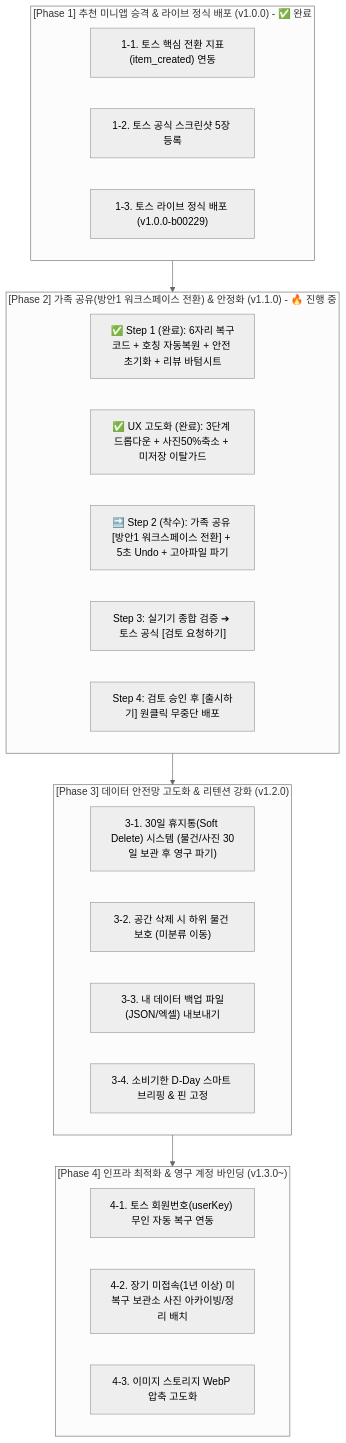
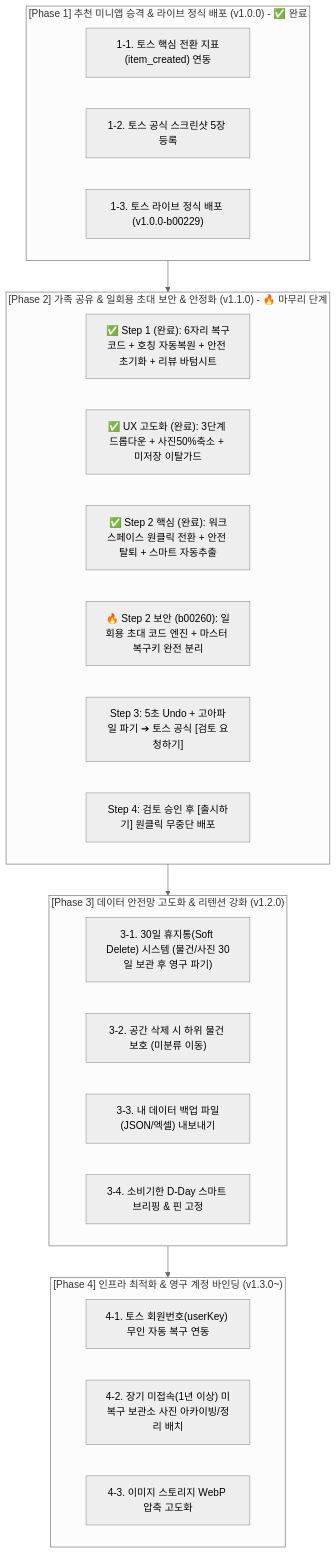
Before and after one commit to tauriqon/where-is-it: the third of 3 diagrams in docs/roadmap_and_summary.md, drawn with Mermaid (neutral theme). The commit also changed other lines of this file and 7 other files, not shown here.

Commit message:
feat: implement one-time family invite code engine and update roadmap (v1.1.0-b00260)

````diff
--- a/docs/roadmap_and_summary.md
+++ b/docs/roadmap_and_summary.md
@@ -94,33 +105,34 @@
 ```mermaid
 flowchart TD
     subgraph Phase1["[Phase 1] 추천 미니앱 승격 & 라이브 정식 배포 (v1.0.0) - ✅ 완료"]
         P1_1["1-1. 토스 핵심 전환 지표(item_created) 연동"]
         P1_2["1-2. 토스 공식 스크린샷 5장 등록"]
         P1_3["1-3. 토스 라이브 정식 배포 (v1.0.0-b00229)"]
     end
 
-    subgraph Phase2["[Phase 2] 가족 공유(방안1 워크스페이스 전환) & 안정화 (v1.1.0) - 🔥 진행 중"]
+    subgraph Phase2["[Phase 2] 가족 공유 & 일회용 초대 보안 & 안정화 (v1.1.0) - 🔥 마무리 단계"]
         P2_Step1["✅ Step 1 (완료): 6자리 복구코드 + 호칭 자동복원 + 안전 초기화 + 리뷰 바텀시트"]
         P2_StepUX["✅ UX 고도화 (완료): 3단계 드롭다운 + 사진50%축소 + 미저장 이탈가드"]
-        P2_Step2["🔜 Step 2 (착수): 가족 공유 [방안1 워크스페이스 전환] + 5초 Undo + 고아파일 파기"]
-        P2_Step3["Step 3: 실기기 종합 검증 ➔ 토스 공식 [검토 요청하기]"]
+        P2_Step2["✅ Step 2 핵심 (완료): 워크스페이스 원클릭 전환 + 안전 탈퇴 + 스마트 자동추출"]
+        P2_StepSec["🔥 Step 2 보안 (b00260): 일회용 초대 코드 엔진 + 마스터 복구키 완전 분리"]
+        P2_Step3["Step 3: 5초 Undo + 고아파일 파기 ➔ 토스 공식 [검토 요청하기]"]
         P2_Step4["Step 4: 검토 승인 후 [출시하기] 원클릭 무중단 배포"]
     end
 
     subgraph Phase3["[Phase 3] 데이터 안전망 고도화 & 리텐션 강화 (v1.2.0)"]
         P3_1["3-1. 30일 휴지통(Soft Delete) 시스템 (물건/사진 30일 보관 후 영구 파기)"]
         P3_2["3-2. 공간 삭제 시 하위 물건 보호 (미분류 이동)"]
         P3_3["3-3. 내 데이터 백업 파일(JSON/엑셀) 내보내기"]
         P3_4["3-4. 소비기한 D-Day 스마트 브리핑 & 핀 고정"]
     end
 
     subgraph Phase4["[Phase 4] 인프라 최적화 & 영구 계정 바인딩 (v1.3.0~)"]
         P4_1["4-1. 토스 회원번호(userKey) 무인 자동 복구 연동"]
         P4_2["4-2. 장기 미접속(1년 이상) 미복구 보관소 사진 아카이빙/정리 배치"]
         P4_3["4-3. 이미지 스토리지 WebP 압축 고도화"]
     end
 
     Phase1 --> Phase2
     Phase2 --> Phase3
     Phase3 --> Phase4
 ```
````
